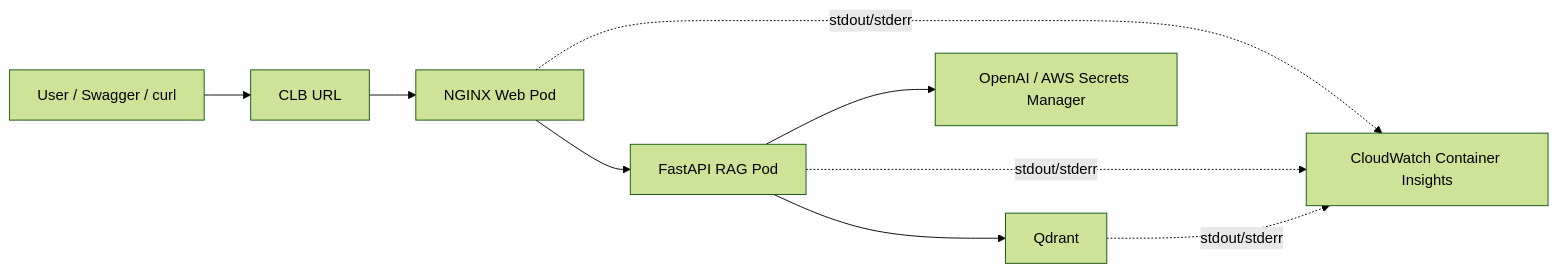
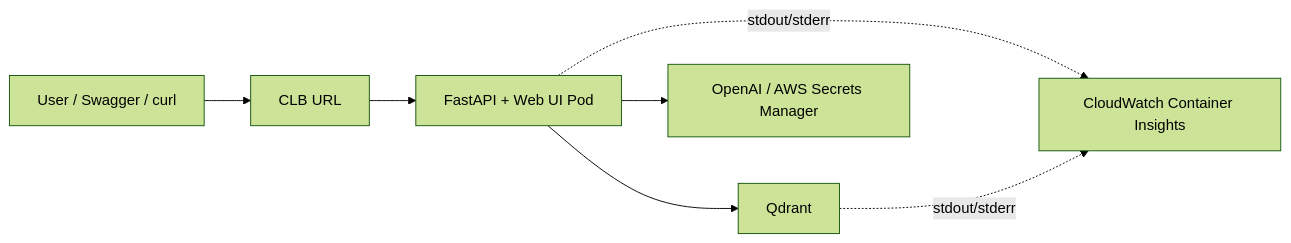
Before and after one commit to edumgt/AWS-EKS-Class-Master: the diagram in 20-EKS-AI-Korean-Medi-RAG/README.md, drawn with Mermaid (forest theme). The commit also changed other lines of this file and 15 other files, not shown here.

````diff
--- a/20-EKS-AI-Korean-Medi-RAG/README.md
+++ b/20-EKS-AI-Korean-Medi-RAG/README.md
@@ -22,19 +20,16 @@
 ```mermaid
 flowchart LR
     U[User / Swagger / curl]
     CLB[CLB URL]
-    WEB[NGINX Web Pod]
-    API[FastAPI RAG Pod]
+    API[FastAPI + Web UI Pod]
     QD[Qdrant]
     LLM[OpenAI / AWS Secrets Manager]
     CW[CloudWatch Container Insights]
 
     U --> CLB
-    CLB --> WEB
-    WEB --> API
+    CLB --> API
     API --> QD
     API --> LLM
-    WEB -. stdout/stderr .-> CW
     API -. stdout/stderr .-> CW
     QD -. stdout/stderr .-> CW
 ```
````
